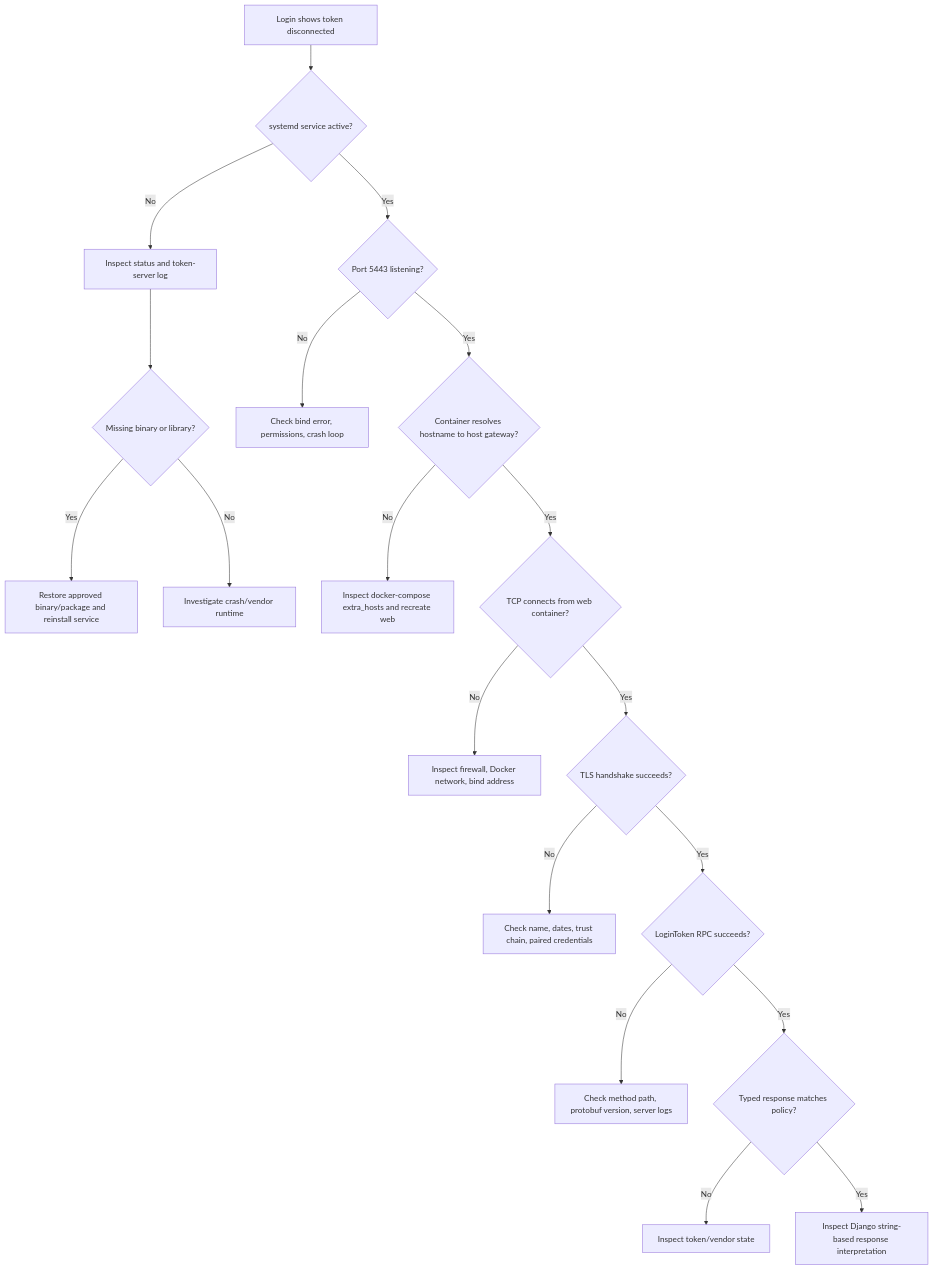
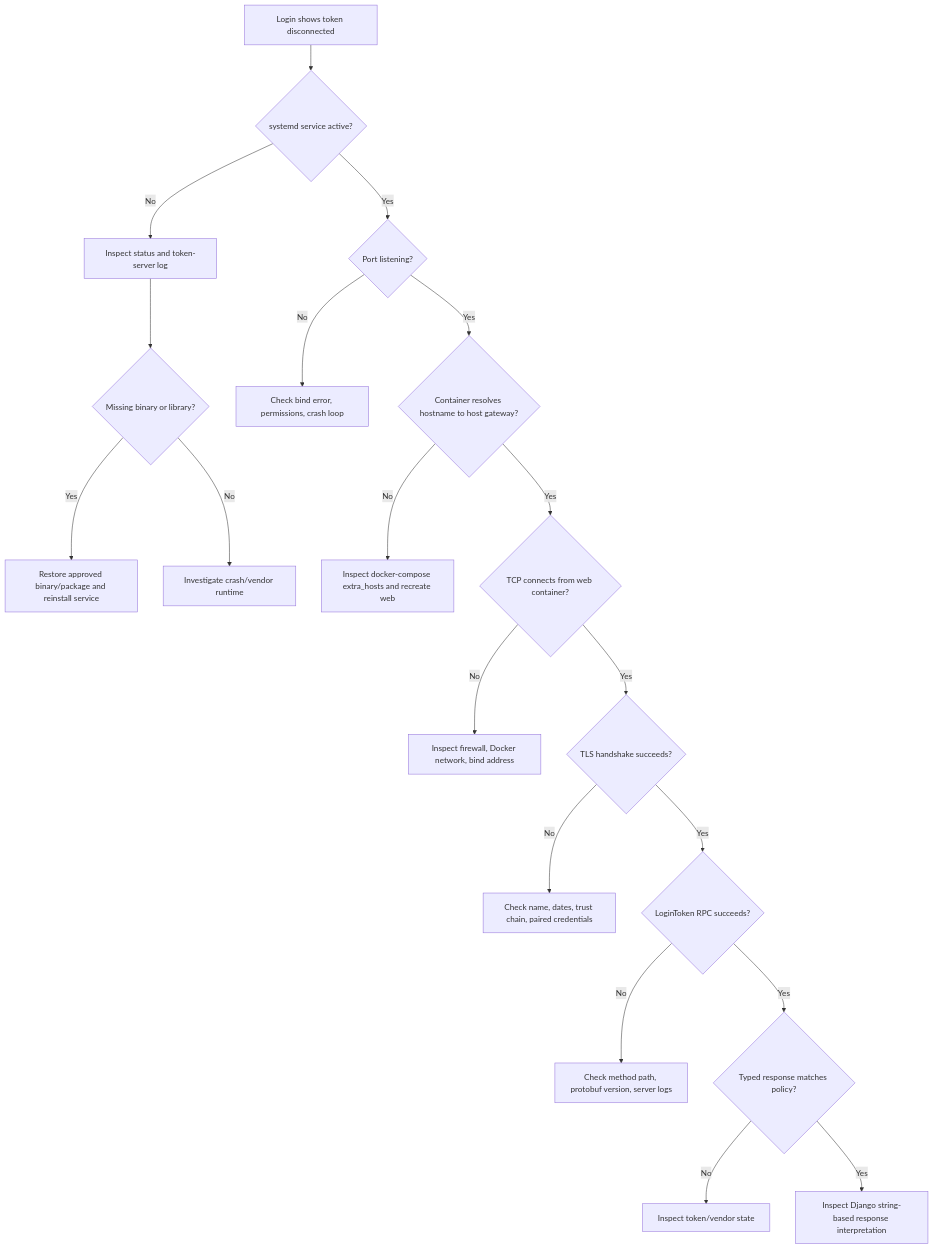
The sixth of 8 diagrams in _code/2026-06-27-grpc.md (adelbordbari/adelbordbari.github.io), drawn with Mermaid before and after one commit. The commit also changed other lines of this file, not shown here.

````diff
--- a/_code/2026-06-27-grpc.md
+++ b/_code/2026-06-27-grpc.md
@@ -387,22 +381,22 @@
 ```mermaid
 flowchart TD
     A[Login shows token disconnected] --> B{systemd service active?}
     B -- No --> B1[Inspect status and token-server log]
     B1 --> B2{Missing binary or library?}
     B2 -- Yes --> B3[Restore approved binary/package and reinstall service]
     B2 -- No --> B4[Investigate crash/vendor runtime]
 
-    B -- Yes --> C{Port 5443 listening?}
+    B -- Yes --> C{Port listening?}
     C -- No --> C1[Check bind error, permissions, crash loop]
     C -- Yes --> D{Container resolves hostname to host gateway?}
     D -- No --> D1[Inspect docker-compose extra_hosts and recreate web]
     D -- Yes --> E{TCP connects from web container?}
     E -- No --> E1[Inspect firewall, Docker network, bind address]
     E -- Yes --> F{TLS handshake succeeds?}
     F -- No --> F1[Check name, dates, trust chain, paired credentials]
     F -- Yes --> G{LoginToken RPC succeeds?}
     G -- No --> G1[Check method path, protobuf version, server logs]
     G -- Yes --> H{Typed response matches policy?}
     H -- No --> H1[Inspect token/vendor state]
     H -- Yes --> I[Inspect Django string-based response interpretation]
 ```
````
